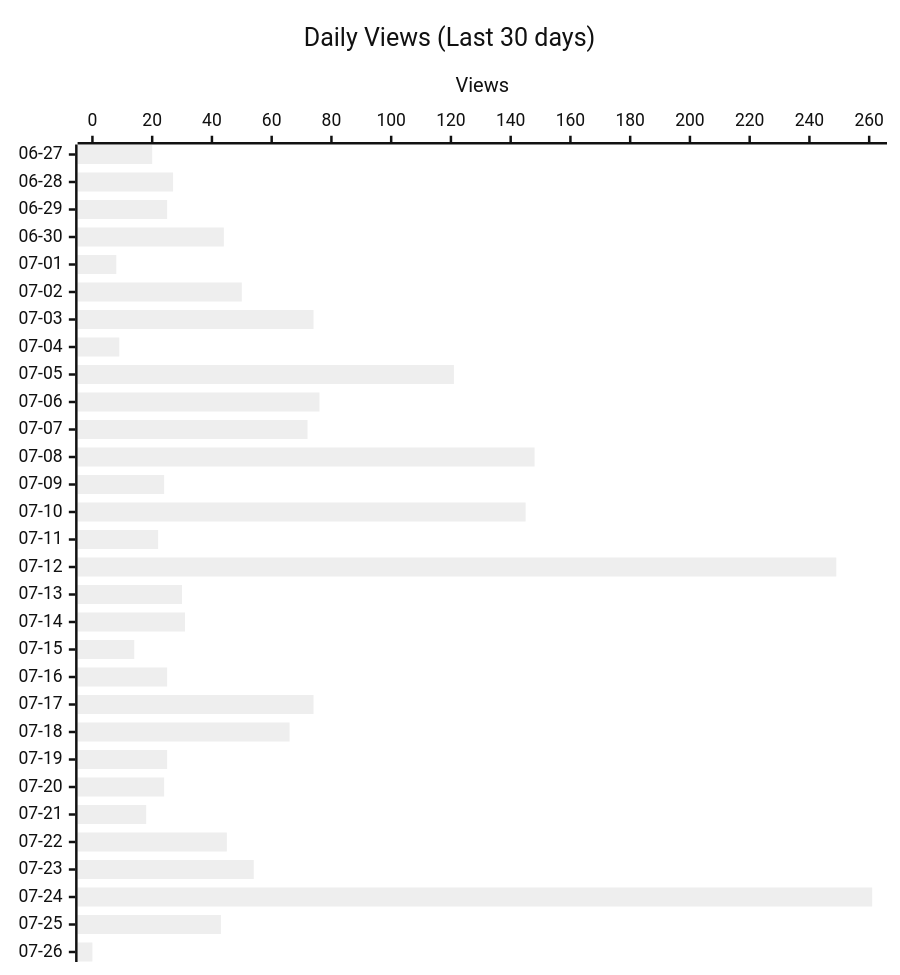
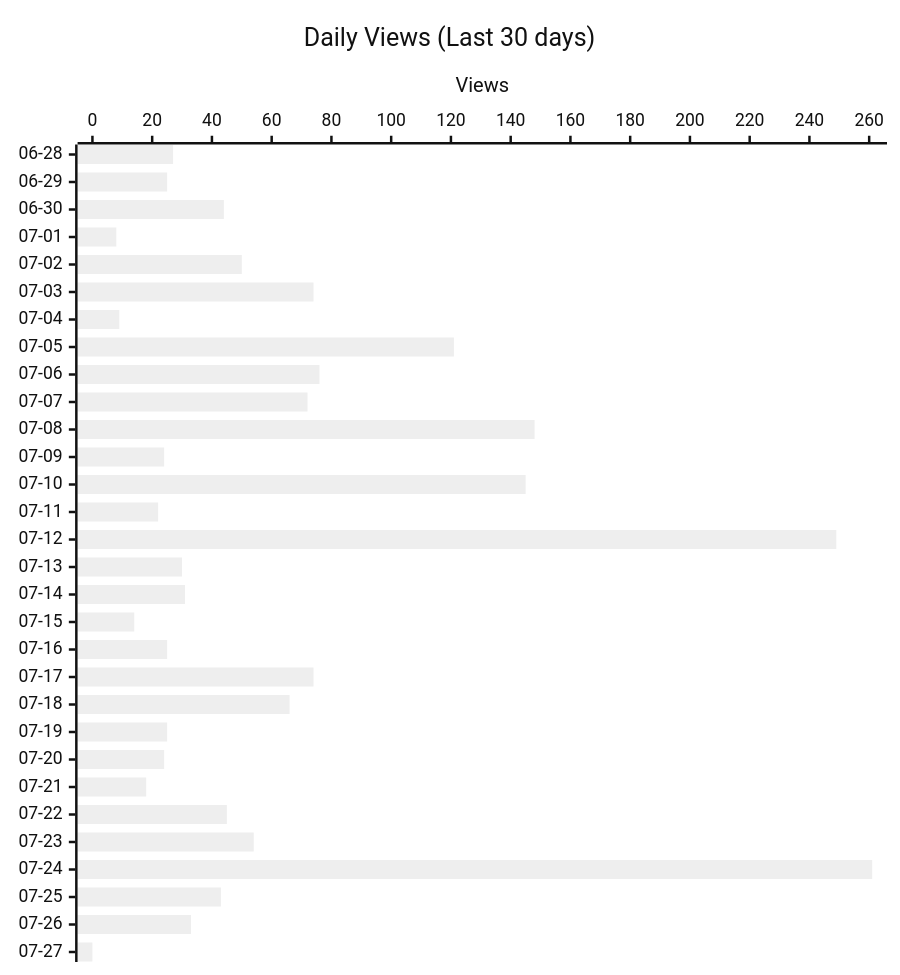
One commit to shigechika/github-insights changed the second of 4 diagrams in README.md. Above: the diagram before and after it, drawn with Mermaid (neutral theme). The commit also changed other lines of this file and 2 other files, not shown here.

````diff
--- a/README.md
+++ b/README.md
@@ -28,12 +28,12 @@
 ```mermaid
 ---
 config:
   xyChart:
     height: 760
 ---
 xychart-beta horizontal
     title "Daily Views (Last 30 days)"
-    x-axis ["06-27", "06-28", "06-29", "06-30", "07-01", "07-02", "07-03", "07-04", "07-05", "07-06", "07-07", "07-08", "07-09", "07-10", "07-11", "07-12", "07-13", "07-14", "07-15", "07-16", "07-17", "07-18", "07-19", "07-20", "07-21", "07-22", "07-23", "07-24", "07-25", "07-26"]
+    x-axis ["06-28", "06-29", "06-30", "07-01", "07-02", "07-03", "07-04", "07-05", "07-06", "07-07", "07-08", "07-09", "07-10", "07-11", "07-12", "07-13", "07-14", "07-15", "07-16", "07-17", "07-18", "07-19", "07-20", "07-21", "07-22", "07-23", "07-24", "07-25", "07-26", "07-27"]
     y-axis "Views"
-    bar [20, 27, 25, 44, 8, 50, 74, 9, 121, 76, 72, 148, 24, 145, 22, 249, 30, 31, 14, 25, 74, 66, 25, 24, 18, 45, 54, 261, 43, 0]
+    bar [27, 25, 44, 8, 50, 74, 9, 121, 76, 72, 148, 24, 145, 22, 249, 30, 31, 14, 25, 74, 66, 25, 24, 18, 45, 54, 261, 43, 33, 0]
 ```
````
